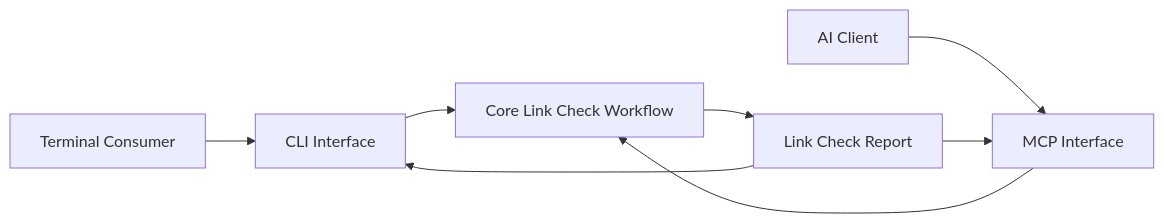
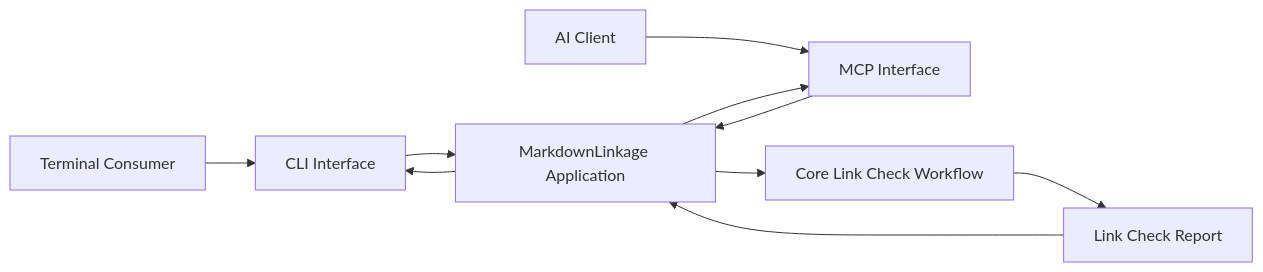
One commit to huang-xiao-jian/bluey changed the diagram in specs/md-linkage/interfaces/spec.md. Above: the diagram before and after it, drawn with Mermaid. The commit also changed other lines of this file and 1 other file, not shown here.

Commit message:
docs(md-linkage): document application boundary

````diff
--- a/specs/md-linkage/interfaces/spec.md
+++ b/specs/md-linkage/interfaces/spec.md
@@ -17,10 +17,12 @@
 ```mermaid
 flowchart LR
     Terminal[Terminal Consumer] --> Cli[CLI Interface]
     Agent[AI Client] --> Mcp[MCP Interface]
-    Cli --> Workflow[Core Link Check Workflow]
-    Mcp --> Workflow
+    Cli --> Application[MarkdownLinkage Application]
+    Mcp --> Application
+    Application --> Workflow[Core Link Check Workflow]
     Workflow --> Report[Link Check Report]
-    Report --> Cli
-    Report --> Mcp
+    Report --> Application
+    Application --> Cli
+    Application --> Mcp
 ```
````
